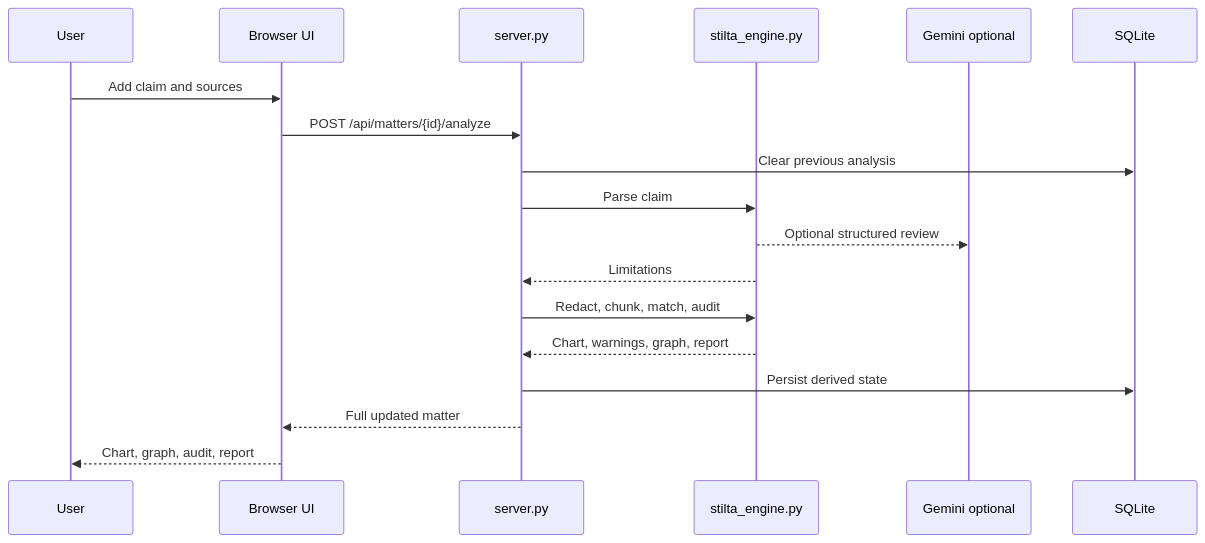
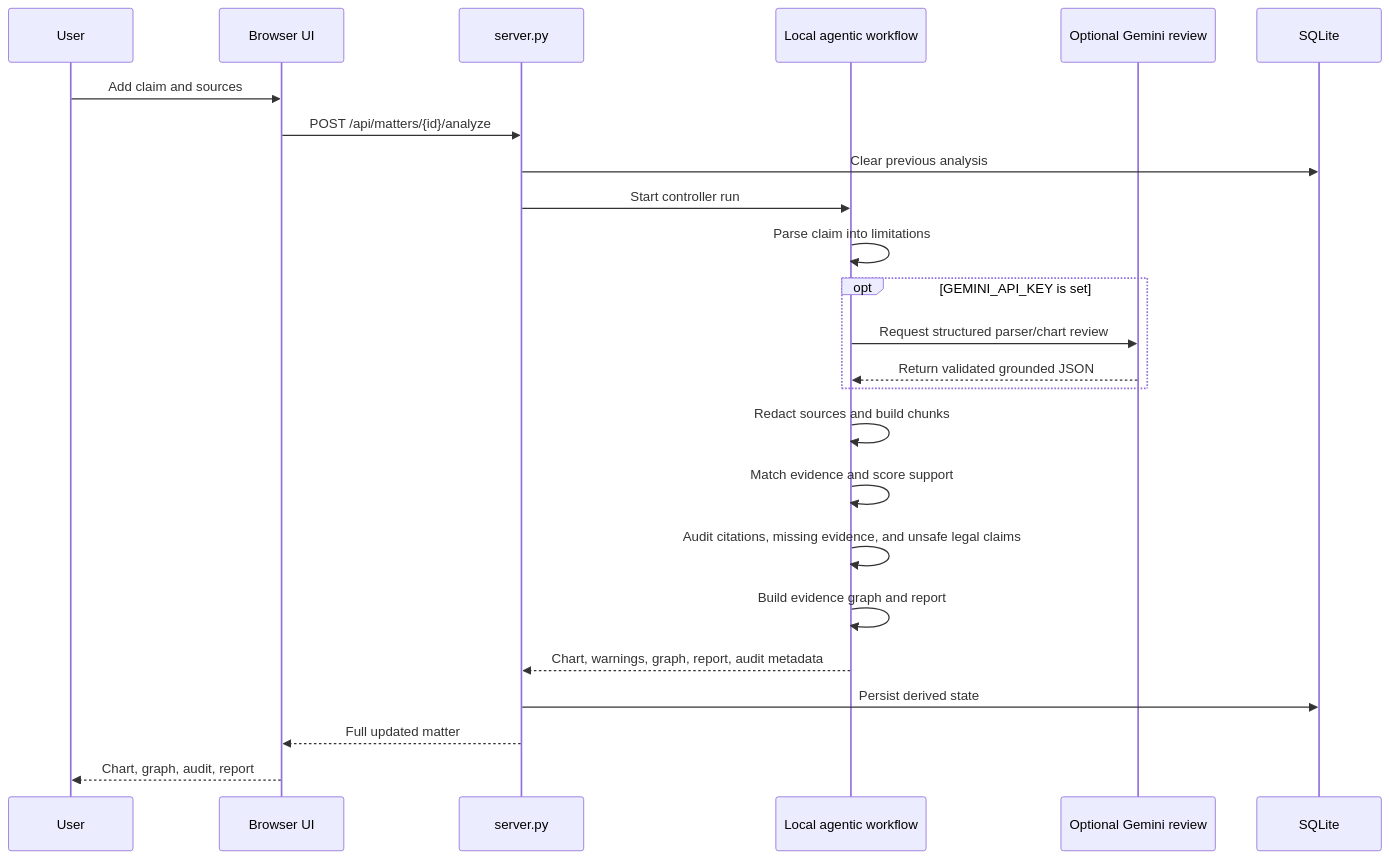
One commit to mrumer-yk/stilta_demo changed the fourth of 4 diagrams in README.md. Above: the diagram before and after it, drawn with Mermaid. The commit also changed other lines of this file, not shown here.

Commit message:
Update README diagrams for agentic workflow

````diff
--- a/README.md
+++ b/README.md
@@ -150,21 +154,27 @@
 ```mermaid
 sequenceDiagram
     participant U as User
     participant UI as Browser UI
     participant API as server.py
-    participant E as stilta_engine.py
-    participant G as Gemini optional
+    participant A as Local agentic workflow
+    participant G as Optional Gemini review
     participant DB as SQLite
 
     U->>UI: Add claim and sources
     UI->>API: POST /api/matters/{id}/analyze
     API->>DB: Clear previous analysis
-    API->>E: Parse claim
-    E-->>G: Optional structured review
-    E-->>API: Limitations
-    API->>E: Redact, chunk, match, audit
-    E-->>API: Chart, warnings, graph, report
+    API->>A: Start controller run
+    A->>A: Parse claim into limitations
+    opt GEMINI_API_KEY is set
+        A->>G: Request structured parser/chart review
+        G-->>A: Return validated grounded JSON
+    end
+    A->>A: Redact sources and build chunks
+    A->>A: Match evidence and score support
+    A->>A: Audit citations, missing evidence, and unsafe legal claims
+    A->>A: Build evidence graph and report
+    A-->>API: Chart, warnings, graph, report, audit metadata
     API->>DB: Persist derived state
     API-->>UI: Full updated matter
     UI-->>U: Chart, graph, audit, report
 ```
````
